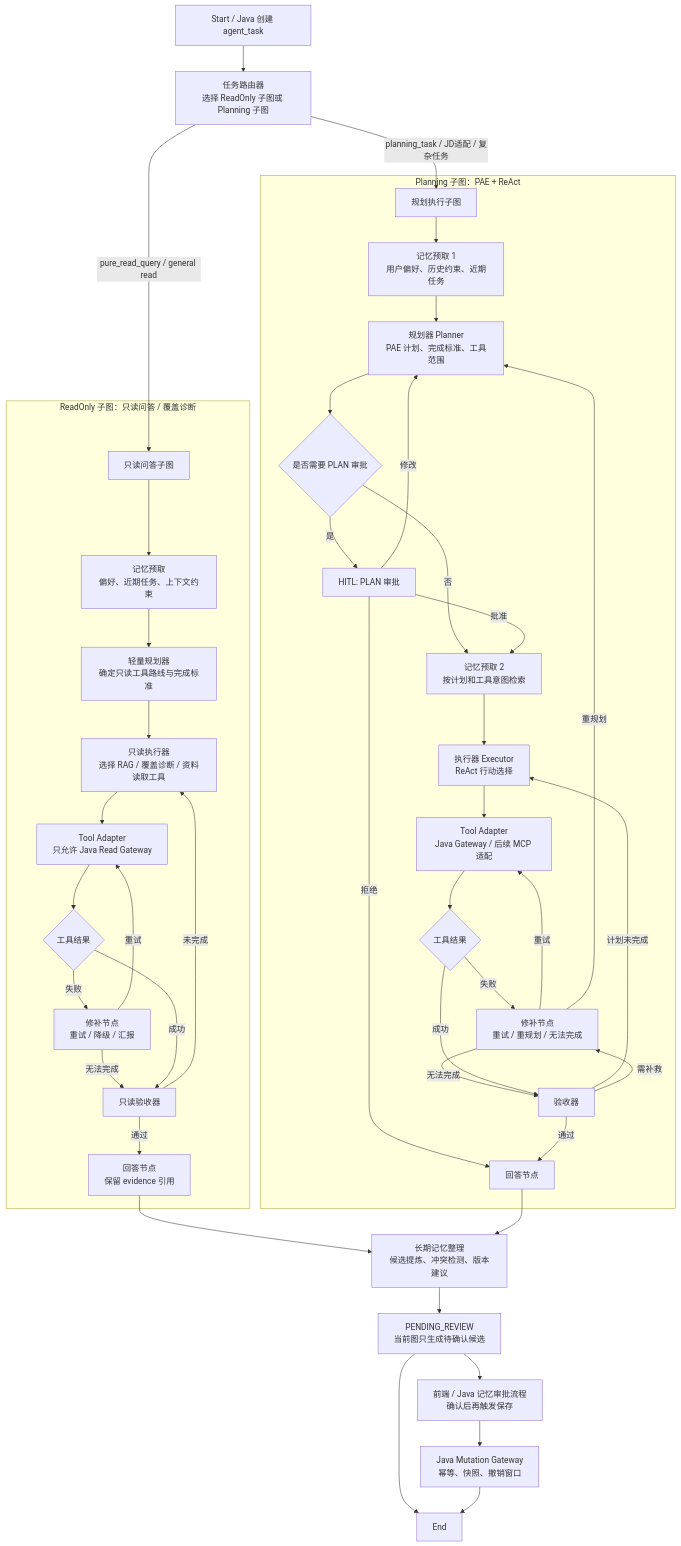
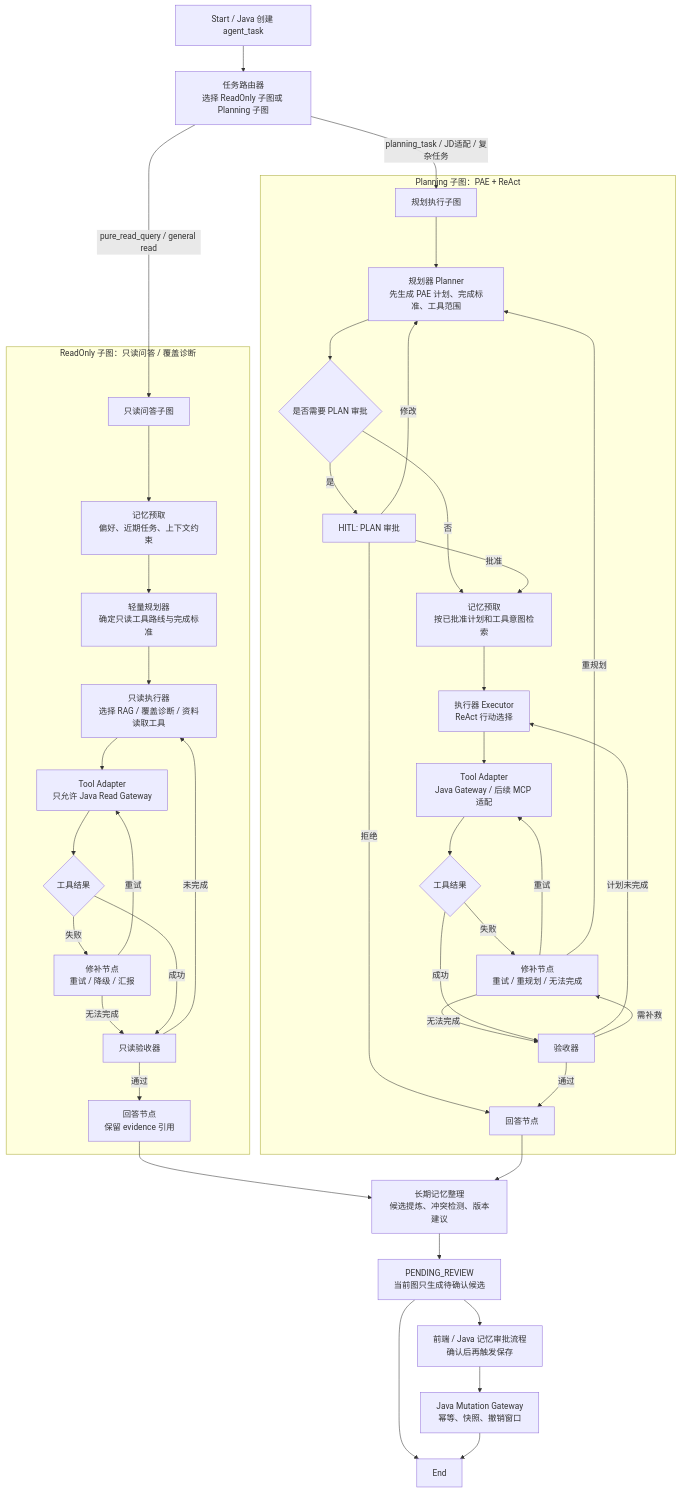
The sixth of 9 diagrams in README.md (HeWhenJay/Multimodal-RAG-Agent-Learning-Evidence-Platform), drawn with Mermaid before and after one commit. The commit also changed other lines of this file and 5 other files, not shown here.

````diff
--- a/README.md
+++ b/README.md
@@ -172,50 +172,49 @@
 ```mermaid
 flowchart TD
     START["Start / Java 创建 agent_task"] --> ROUTER["任务路由器<br/>选择 ReadOnly 子图或 Planning 子图"]
     ROUTER -->|"pure_read_query / general read"| R0["只读问答子图"]
     ROUTER -->|"planning_task / JD适配 / 复杂任务"| P0["规划执行子图"]
 
     subgraph READ["ReadOnly 子图：只读问答 / 覆盖诊断"]
       R0 --> RM0["记忆预取<br/>偏好、近期任务、上下文约束"]
       RM0 --> RP["轻量规划器<br/>确定只读工具路线与完成标准"]
       RP --> RE["只读执行器<br/>选择 RAG / 覆盖诊断 / 资料读取工具"]
       RE --> RT["Tool Adapter<br/>只允许 Java Read Gateway"]
       RT --> RR{"工具结果"}
       RR -->|"失败"| RREPAIR["修补节点<br/>重试 / 降级 / 汇报"]
       RREPAIR -->|"重试"| RT
       RREPAIR -->|"无法完成"| RA["只读验收器"]
       RR -->|"成功"| RA
       RA -->|"未完成"| RE
       RA -->|"通过"| RW["回答节点<br/>保留 evidence 引用"]
     end
 
     subgraph PLAN["Planning 子图：PAE + ReAct"]
-      P0 --> PM0["记忆预取 1<br/>用户偏好、历史约束、近期任务"]
-      PM0 --> PL["规划器 Planner<br/>PAE 计划、完成标准、工具范围"]
+      P0 --> PL["规划器 Planner<br/>先生成 PAE 计划、完成标准、工具范围"]
       PL --> HPLAN{"是否需要 PLAN 审批"}
       HPLAN -->|"是"| PLAN_REVIEW["HITL: PLAN 审批"]
-      HPLAN -->|"否"| PM1["记忆预取 2<br/>按计划和工具意图检索"]
+      HPLAN -->|"否"| PM1["记忆预取<br/>按已批准计划和工具意图检索"]
       PLAN_REVIEW -->|"批准"| PM1
       PLAN_REVIEW -->|"修改"| PL
       PLAN_REVIEW -->|"拒绝"| PAW["回答节点"]
       PM1 --> EXEC["执行器 Executor<br/>ReAct 行动选择"]
       EXEC --> TOOL["Tool Adapter<br/>Java Gateway / 后续 MCP 适配"]
       TOOL --> TR{"工具结果"}
       TR -->|"失败"| REPAIR["修补节点<br/>重试 / 重规划 / 无法完成"]
       REPAIR -->|"重试"| TOOL
       REPAIR -->|"重规划"| PL
       REPAIR -->|"无法完成"| ACCEPT["验收器"]
       TR -->|"成功"| ACCEPT
       ACCEPT -->|"计划未完成"| EXEC
       ACCEPT -->|"需补救"| REPAIR
       ACCEPT -->|"通过"| PAW["回答节点"]
     end
 
     RW --> MEM["长期记忆整理<br/>候选提炼、冲突检测、版本建议"]
     PAW --> MEM
     MEM --> PENDING["PENDING_REVIEW<br/>当前图只生成待确认候选"]
     PENDING --> REVIEW_NOTE["前端 / Java 记忆审批流程<br/>确认后再触发保存"]
     REVIEW_NOTE --> SAVE["Java Mutation Gateway<br/>幂等、快照、撤销窗口"]
     PENDING --> END["End"]
     SAVE --> END
 ```
````
